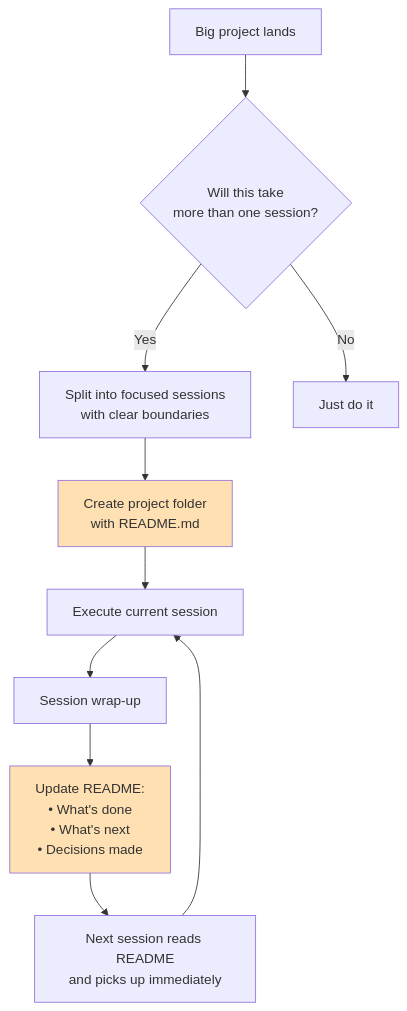
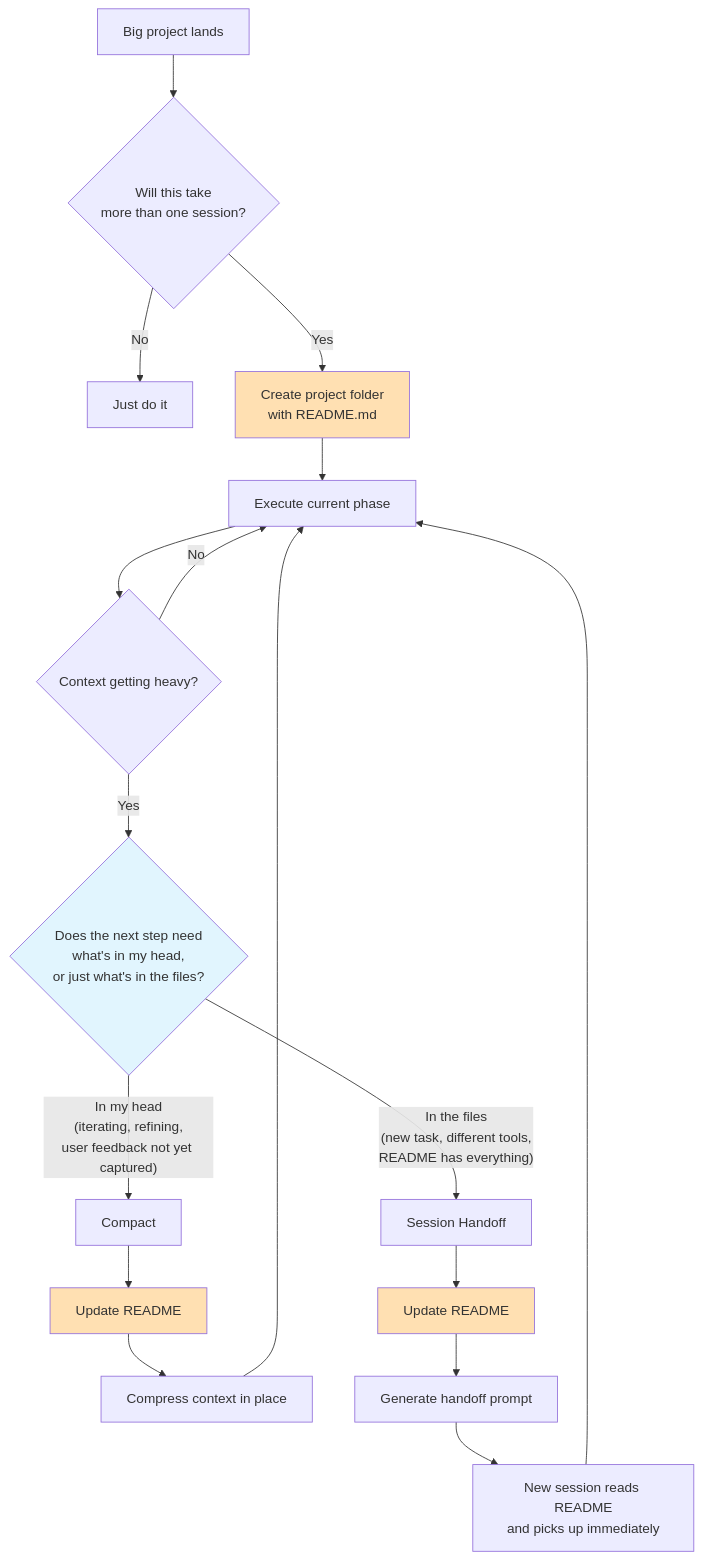
Before and after one commit to Andytoizer/session-handoff: the diagram in README.md, drawn with Mermaid. The commit also changed other lines of this file and 1 other file, not shown here.

````diff
--- a/README.md
+++ b/README.md
@@ -15,15 +15,24 @@
 ```mermaid
 flowchart TD
     A["Big project lands"] --> B{"Will this take\nmore than one session?"}
-    B -->|Yes| C["Split into focused sessions\nwith clear boundaries"]
-    B -->|No| D["Just do it"]
-    C --> E["Create project folder\nwith README.md"]
-    E --> F["Execute current session"]
-    F --> G["Session wrap-up"]
-    G --> H["Update README:\n• What's done\n• What's next\n• Decisions made"]
-    H --> I["Next session reads README\nand picks up immediately"]
-    I --> F
+    B -->|No| C["Just do it"]
+    B -->|Yes| D["Create project folder\nwith README.md"]
+    D --> E["Execute current phase"]
+    E --> F{"Context getting heavy?"}
+    F -->|No| E
+    F -->|Yes| G{"Does the next step need\nwhat's in my head,\nor just what's in the files?"}
+    G -->|"In my head\n(iterating, refining,\nuser feedback not yet captured)"| H["Compact"]
+    G -->|"In the files\n(new task, different tools,\nREADME has everything)"| I["Session Handoff"]
+    H --> J["Update README"]
+    J --> K["Compress context in place"]
+    K --> E
+    I --> L["Update README"]
+    L --> M["Generate handoff prompt"]
+    M --> N["New session reads README\nand picks up immediately"]
+    N --> E
 
-    style E fill:#ffe0b2
-    style H fill:#ffe0b2
+    style D fill:#ffe0b2
+    style J fill:#ffe0b2
+    style L fill:#ffe0b2
+    style G fill:#e1f5fe
 ```
````
